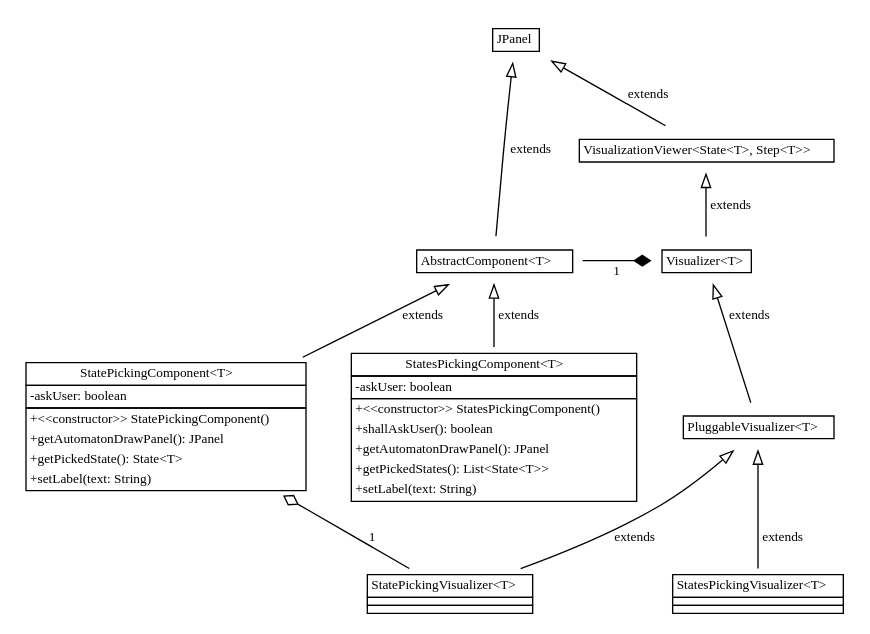
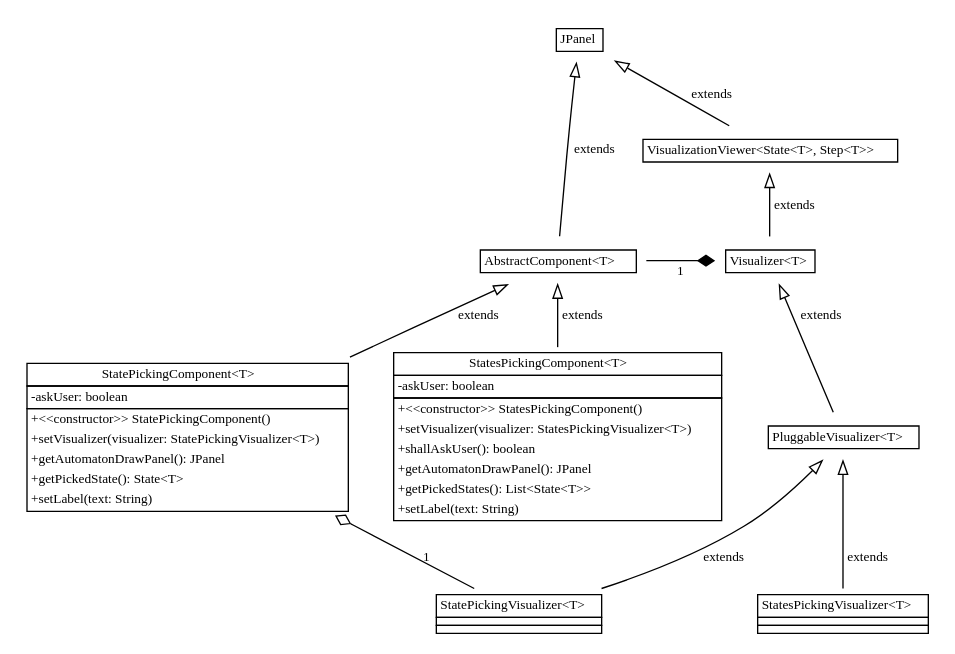
One commit to otmarjr/jInfer-fork changed the diagram in doc/jInfer/autoeditor/uml_derived_classes.gv. Above: the diagram before and after it, drawn with Graphviz. The commit also changed 5 other files, not shown here.

```diff
--- a/doc/jInfer/autoeditor/uml_derived_classes.gv
+++ b/doc/jInfer/autoeditor/uml_derived_classes.gv
@@ -1,141 +1,143 @@
 digraph uml_basic_full {
 	rankdir = BT;
 	node [shape = rectangle, fontname = "TeXGyrePagella-Regular", fontsize = 10];
 	edge [fontname = "TeXGyrePagella-Regular", fontsize = 10, arrowhead = empty];
 
 {
 	rank = same;
 
 	JPanel [shape = plaintext, label = <
 	<table cellspacing="0" cellborder="1" border="0">
 		<tr><td>
 			<font face="TeXGyrePagella-Bold" point-size="10">JPanel</font>
 		</td></tr>
 	</table>>];
 }
 
 {
 	rank = same;
 
 	VisualizationViewer [shape = plaintext, label = <
 	<table cellspacing="0" cellborder="1" border="0">
 		<tr><td>
 			<font face="TeXGyrePagella-Bold" point-size="10">VisualizationViewer&lt;State&lt;T&gt;, Step&lt;T&gt;&gt;</font>
 		</td></tr>
 	</table>>];
 }
 
 {
 	rank = same;
 
 	Visualizer [shape = plaintext, label = <
 	<table cellspacing="0" cellborder="1" border="0">
 		<tr><td>
 			<font face="TeXGyrePagella-Bold" point-size="10">Visualizer&lt;T&gt;</font>
 		</td></tr>
 	</table>>];
 	
 	AbstractComponent [shape = plaintext, label = <
 	<table cellspacing="0" cellborder="1" border="0">
 		<tr><td>
 			<font face="TeXGyrePagella-BoldItalic" point-size="10">AbstractComponent&lt;T&gt;</font>
 		</td></tr>
 	</table>>];
 }
 
 {
 	rank = same;
 
 	PluggableVisualizer [shape = plaintext, label = <
 	<table cellspacing="0" cellborder="1" border="0">
 		<tr><td>
 			<font face="TeXGyrePagella-Bold" point-size="10">PluggableVisualizer&lt;T&gt;</font>
 		</td></tr>
 	</table>>];
 }
 
 {
 	rank = same;
 	
 	StatePickingVisualizer [shape = plaintext, label = <
 	<table cellspacing="0" cellborder="1" border="0">
 		<tr><td>
 			<font face="TeXGyrePagella-Bold" point-size="10">StatePickingVisualizer&lt;T&gt;</font>
 		</td></tr>
 		<tr><td></td></tr>
 		<tr><td>
 		</td></tr>
 	</table>>];
 	
 	StatesPickingVisualizer [shape = plaintext, label = <
 	<table cellspacing="0" cellborder="1" border="0">
 		<tr><td>
 			<font face="TeXGyrePagella-Bold" point-size="10">StatesPickingVisualizer&lt;T&gt;</font>
 		</td></tr>
 		<tr><td></td></tr>
 		<tr><td>
 		</td></tr>
 	</table>>];
 }
 
 {
 	rank = same;
 
 	StatePickingComponent [shape = plaintext, label = <
 	<table cellspacing="0" cellborder="1" border="0">
 		<tr><td>
 			<font face="TeXGyrePagella-Bold" point-size="10">StatePickingComponent&lt;T&gt;</font>
 		</td></tr>
 		<tr><td cellpadding="0">
 			<table cellspacing="0" cellborder="0" border="0">
 				<tr><td align="left"><font face="SFTT1000">-askUser: boolean</font></td></tr>
 			</table>
 		</td></tr>
 		<tr><td cellpadding="0">
 			<table cellspacing="0" cellborder="0" border="0">
 				<tr><td align="left"><font face="SFTT1000">+&lt;&lt;constructor&gt;&gt; StatePickingComponent()</font></td></tr>
+				<tr><td align="left"><font face="SFTT1000">+setVisualizer(visualizer: StatePickingVisualizer&lt;T&gt;)</font></td></tr>
 				<tr><td align="left"><font face="SFTT1000">+getAutomatonDrawPanel(): JPanel</font></td></tr>
 				<tr><td align="left"><font face="SFTT1000">+getPickedState(): State&lt;T&gt;</font></td></tr>
 				<tr><td align="left"><font face="SFTT1000">+setLabel(text: String)</font></td></tr>
 			</table>
 		</td></tr>
 	</table>>];
 	
 	StatesPickingComponent [shape = plaintext, label = <
 	<table cellspacing="0" cellborder="1" border="0">
 		<tr><td>
 			<font face="TeXGyrePagella-Bold" point-size="10">StatesPickingComponent&lt;T&gt;</font>
 		</td></tr>
 		<tr><td cellpadding="0">
 			<table cellspacing="0" cellborder="0" border="0">
 				<tr><td align="left"><font face="SFTT1000">-askUser: boolean</font></td></tr>
 			</table>
 		</td></tr>
 		<tr><td cellpadding="0">
 			<table cellspacing="0" cellborder="0" border="0">
 				<tr><td align="left"><font face="SFTT1000">+&lt;&lt;constructor&gt;&gt; StatesPickingComponent()</font></td></tr>
+				<tr><td align="left"><font face="SFTT1000">+setVisualizer(visualizer: StatesPickingVisualizer&lt;T&gt;)</font></td></tr>
 				<tr><td align="left"><font face="SFTT1000">+shallAskUser(): boolean</font></td></tr>
 				<tr><td align="left"><font face="SFTT1000">+getAutomatonDrawPanel(): JPanel</font></td></tr>
 				<tr><td align="left"><font face="SFTT1000">+getPickedStates(): List&lt;State&lt;T&gt;&gt;</font></td></tr>
 				<tr><td align="left"><font face="SFTT1000">+setLabel(text: String)</font></td></tr>
 			</table>
 		</td></tr>
 	</table>>];
 }
 
 AbstractComponent -> JPanel [label = "extends"];
 VisualizationViewer -> JPanel [label = "extends"];
 
 Visualizer -> VisualizationViewer [label = "extends"];
 
 PluggableVisualizer -> Visualizer [label = "extends"];
 
 StatePickingVisualizer -> PluggableVisualizer [label = "extends"];
 StatesPickingVisualizer -> PluggableVisualizer [label = "extends"];
 StatePickingComponent -> AbstractComponent [label = "extends"];
 StatesPickingComponent -> AbstractComponent [label = "extends"];
 
 
 AbstractComponent -> Visualizer [label = "1" arrowhead = diamond];
 StatePickingVisualizer -> StatePickingComponent [label = "1" arrowhead = odiamond];
 }
```
